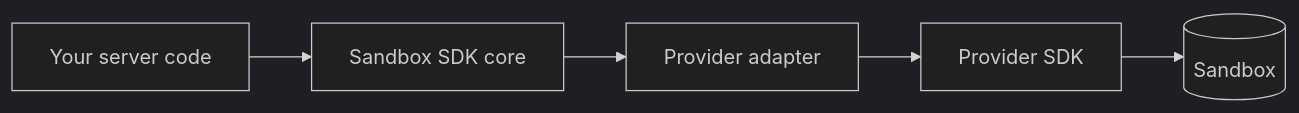
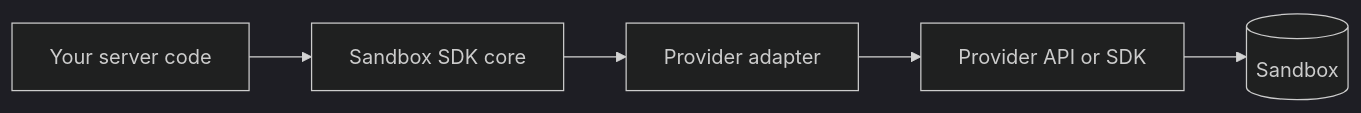
The diagram in apps/docs/content/concepts/how-it-works.mdx (opencoredev/sandbox-sdk), drawn with Mermaid (dark theme) before and after one commit. The commit also changed other lines of this file and 28 other files, not shown here.

````diff
--- a/apps/docs/content/concepts/how-it-works.mdx
+++ b/apps/docs/content/concepts/how-it-works.mdx
@@ -8,7 +8,7 @@
 ```mermaid
 flowchart LR
   A[Your server code] --> B[Sandbox SDK core]
   B --> C[Provider adapter]
-  C --> D[Provider SDK]
+  C --> D[Provider API or SDK]
   D --> E[(Sandbox)]
 ```
````
